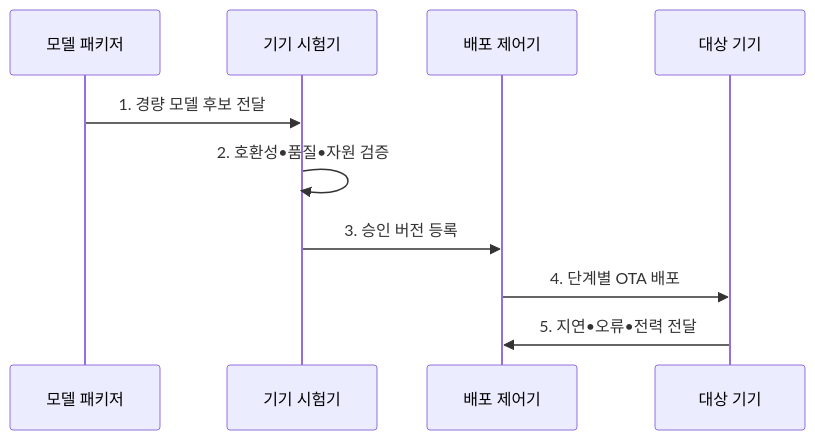
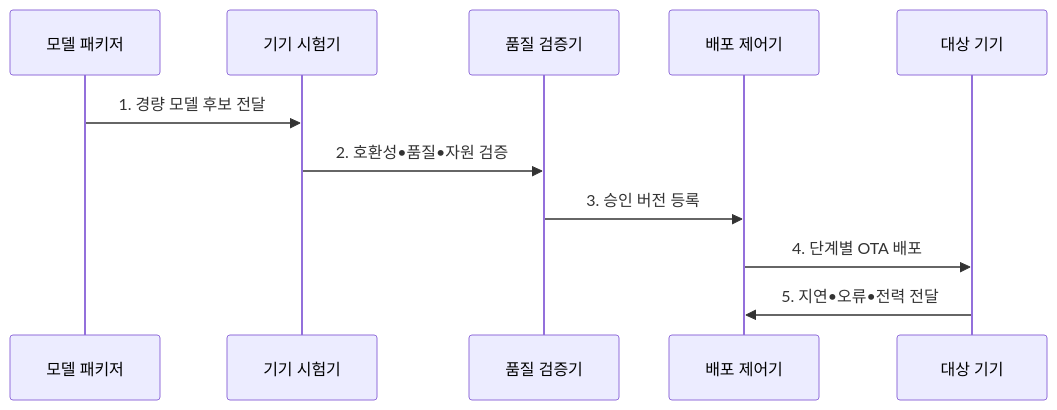
One commit to agnusdei1207/knowledge-base changed the second of 2 diagrams in src/content/docs/notes/03-software/208_on_device_model_deployment.md. Above: the diagram before and after it, drawn with Mermaid. The commit also changed other lines of this file and 14 other files, not shown here.

````diff
--- a/src/content/docs/notes/03-software/208_on_device_model_deployment.md
+++ b/src/content/docs/notes/03-software/208_on_device_model_deployment.md
@@ -111,13 +111,14 @@
 ```mermaid
 sequenceDiagram
     participant P as 모델 패키저
     participant T as 기기 시험기
+    participant V as 품질 검증기
     participant O as 배포 제어기
     participant D as 대상 기기
     P->>T: 1. 경량 모델 후보 전달
-    T->>T: 2. 호환성•품질•자원 검증
-    T->>O: 3. 승인 버전 등록
+    T->>V: 2. 호환성•품질•자원 검증
+    V->>O: 3. 승인 버전 등록
     O->>D: 4. 단계별 OTA 배포
     D->>O: 5. 지연•오류•전력 전달
 
 ```
````
